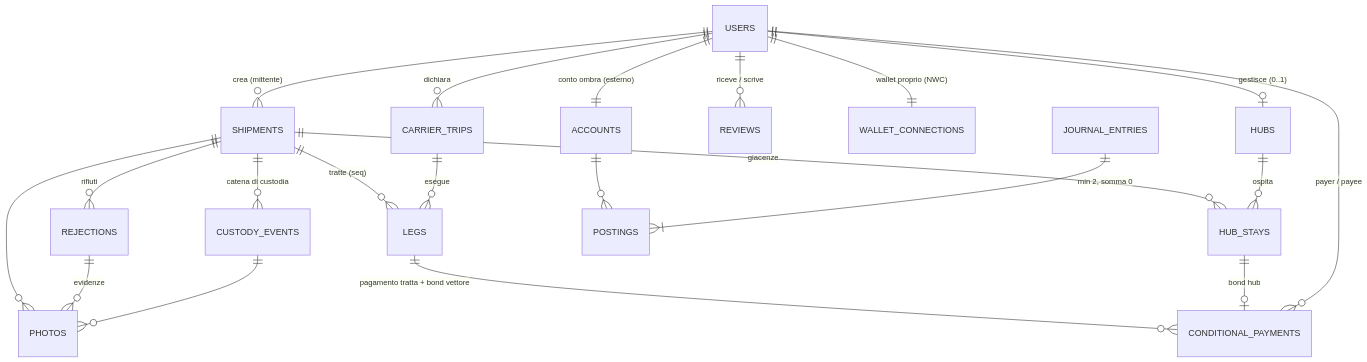
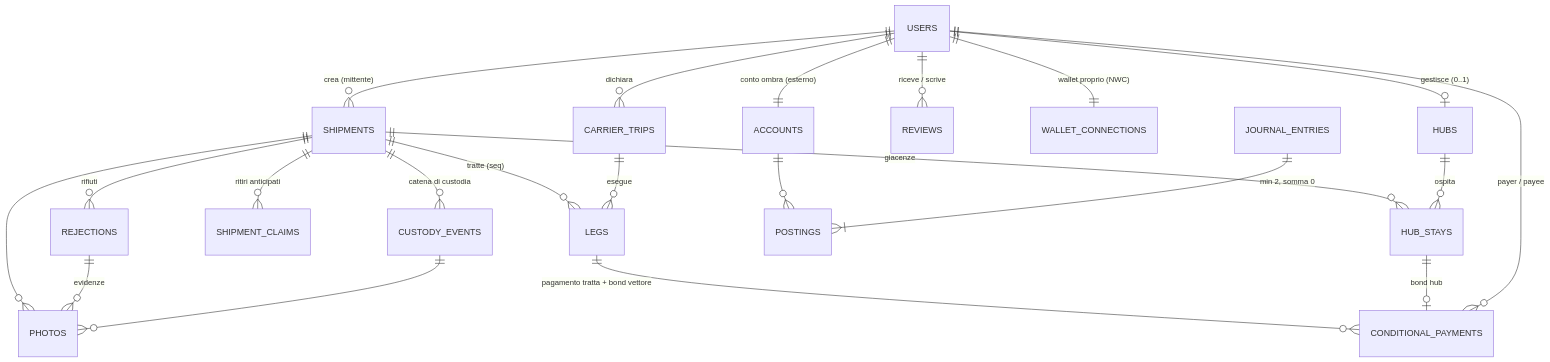
Before and after one commit to LaserMagnotta/mercurio: the second of 3 diagrams in docs/ARCHITECTURE.md, drawn with Mermaid. The commit also changed other lines of this file and 6 other files, not shown here.

````diff
--- a/docs/ARCHITECTURE.md
+++ b/docs/ARCHITECTURE.md
@@ -108,27 +108,28 @@
 ```mermaid
 erDiagram
     USERS ||--o| HUBS : "gestisce (0..1)"
     USERS ||--o{ CARRIER_TRIPS : dichiara
     USERS ||--o{ SHIPMENTS : "crea (mittente)"
     USERS ||--o{ REVIEWS : "riceve / scrive"
     USERS ||--|| WALLET_CONNECTIONS : "wallet proprio (NWC)"
     USERS ||--|| ACCOUNTS : "conto ombra (esterno)"
 
     SHIPMENTS ||--o{ LEGS : "tratte (seq)"
     SHIPMENTS ||--o{ HUB_STAYS : "giacenze"
+    SHIPMENTS ||--o{ SHIPMENT_CLAIMS : "ritiri anticipati"
     SHIPMENTS ||--o{ CUSTODY_EVENTS : "catena di custodia"
     SHIPMENTS ||--o{ PHOTOS : ""
     SHIPMENTS ||--o{ REJECTIONS : "rifiuti"
 
     HUBS ||--o{ HUB_STAYS : ospita
     CARRIER_TRIPS ||--o{ LEGS : "esegue"
     LEGS ||--o{ CONDITIONAL_PAYMENTS : "pagamento tratta + bond vettore"
     HUB_STAYS ||--o| CONDITIONAL_PAYMENTS : "bond hub"
 
     ACCOUNTS ||--o{ POSTINGS : ""
     JOURNAL_ENTRIES ||--|{ POSTINGS : "min 2, somma 0"
     CONDITIONAL_PAYMENTS }o--|| USERS : "payer / payee"
 
     REJECTIONS ||--o{ PHOTOS : evidenze
     CUSTODY_EVENTS ||--o{ PHOTOS : ""
 ```
````
